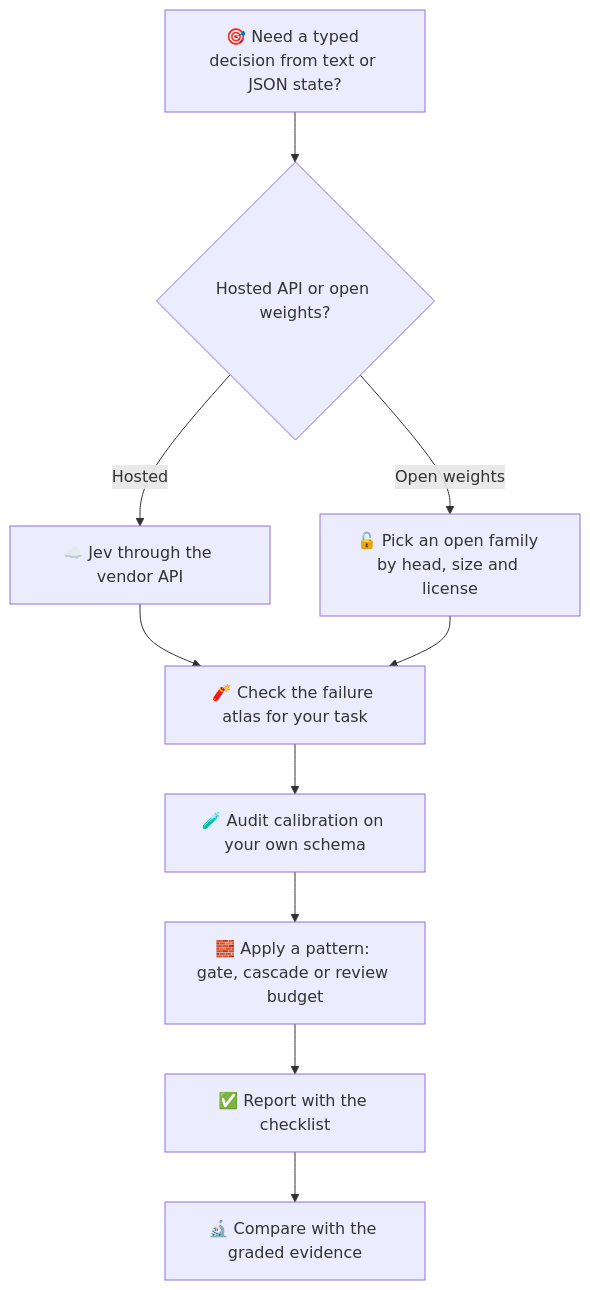
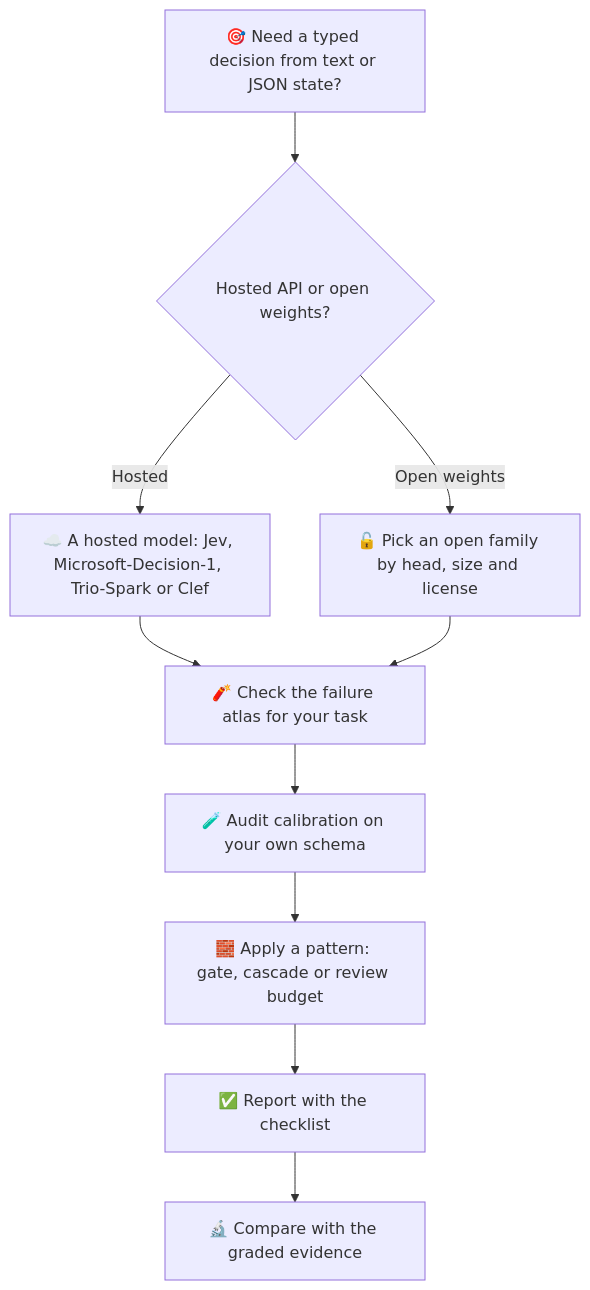
The first of 2 diagrams in README.md (pozapas/awesome-system-one-models), drawn with Mermaid before and after one commit. The commit also changed other lines of this file and 4 other files, not shown here.

First line of the commit message:
Update figures and diagrams to the v1.2 cutoff

````diff
--- a/README.md
+++ b/README.md
@@ -82,12 +82,12 @@
 ```mermaid
 graph TD
     A[🎯 Need a typed decision from text or JSON state?] --> B{Hosted API or open weights?}
-    B -->|Hosted| C[☁️ Jev through the vendor API]
+    B -->|Hosted| C[☁️ A hosted model: Jev, Microsoft-Decision-1, Trio-Spark or Clef]
     B -->|Open weights| D[🔓 Pick an open family by head, size and license]
     C --> E[🧨 Check the failure atlas for your task]
     D --> E
     E --> F[🧪 Audit calibration on your own schema]
     F --> G[🧱 Apply a pattern: gate, cascade or review budget]
     G --> H[✅ Report with the checklist]
     H --> I[🔬 Compare with the graded evidence]
 ```
````
